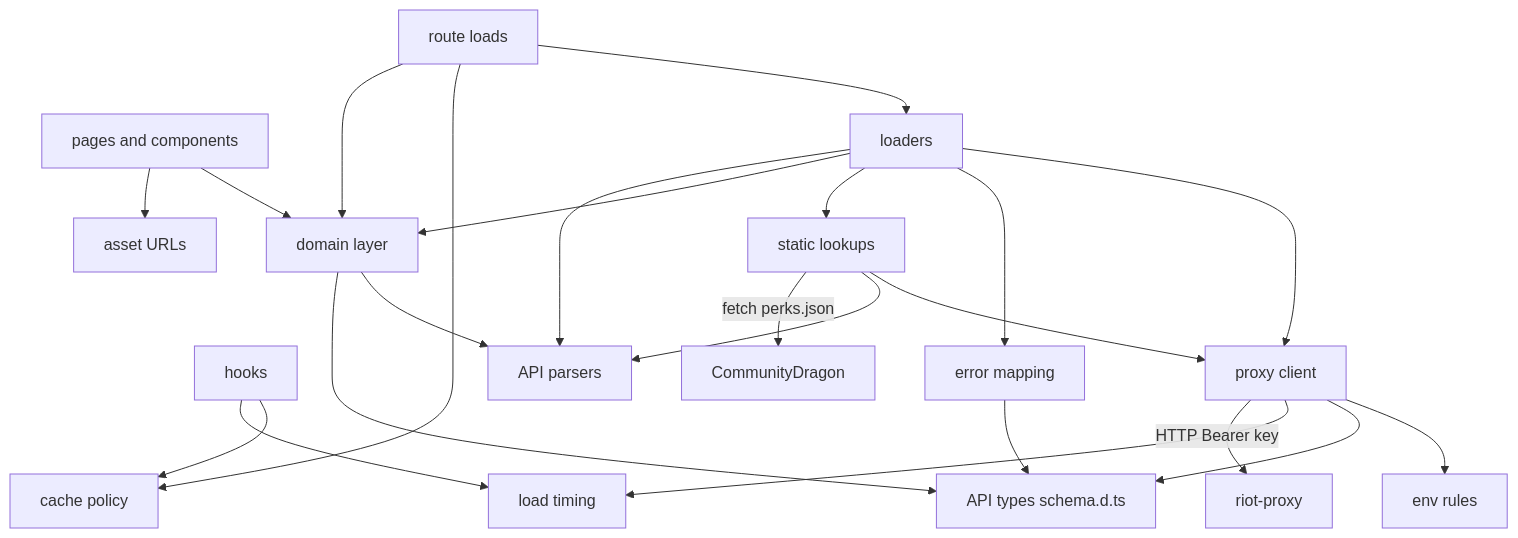
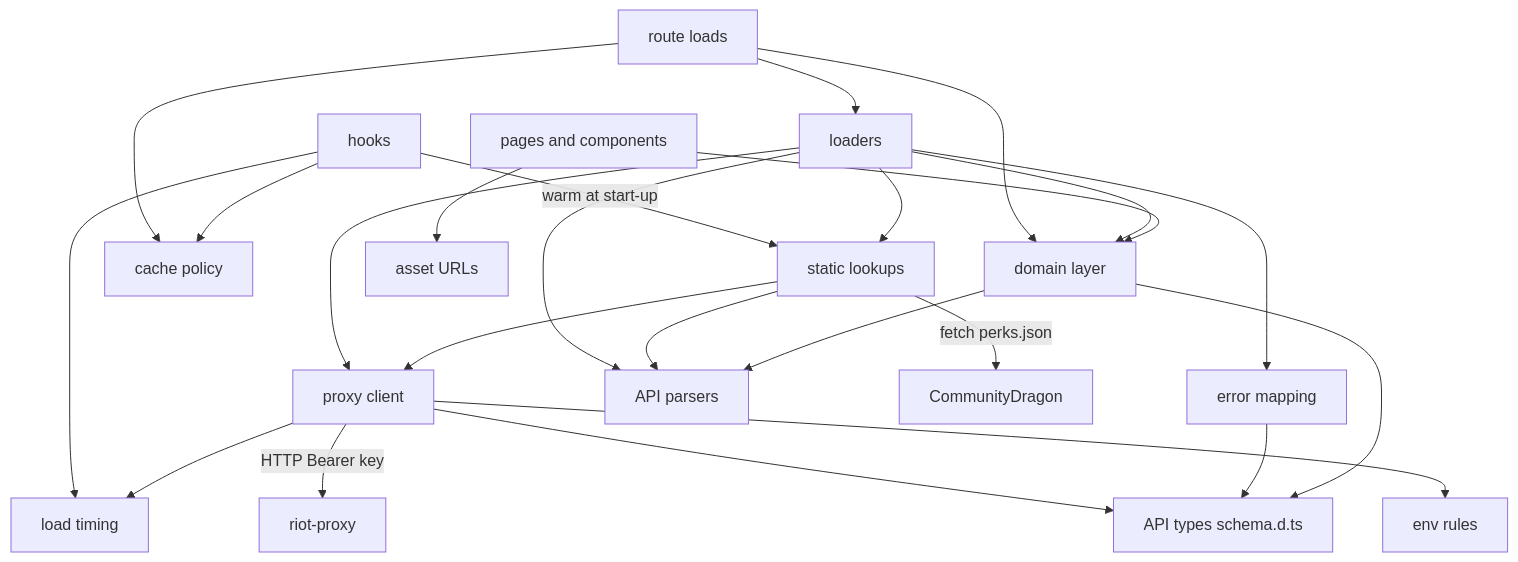
One commit to NinjaGoldfinch/ninjagoldfinch-lol changed the diagram in docs/architecture/components.md. Above: the diagram before and after it, drawn with Mermaid. The commit also changed other lines of this file and 41 other files, not shown here.

First line of the commit message:
perf(patch): load static data at start-up; refresh the patch in the background

````diff
--- a/docs/architecture/components.md
+++ b/docs/architecture/components.md
@@ -34,42 +34,43 @@
 ```mermaid
 flowchart TD
   Pages[pages and components]
   Loads[route loads]
   Hooks[hooks]
   Loaders[loaders]
   Static[static lookups]
   Client[proxy client]
   Errors[error mapping]
   Cache[cache policy]
   Timing[load timing]
   Env[env rules]
   Parsers[API parsers]
   Schema[API types schema.d.ts]
   Domain[domain layer]
   Assets[asset URLs]
   Proxy[riot-proxy]
   CDragon[CommunityDragon]
 
   Loads --> Loaders
   Loads --> Cache
   Loads --> Domain
   Hooks --> Cache
   Hooks --> Timing
+  Hooks -->|warm at start-up| Static
   Loaders --> Client
   Loaders --> Errors
   Loaders --> Static
   Loaders --> Domain
   Loaders --> Parsers
   Static --> Client
   Static --> Parsers
   Static -->|fetch perks.json| CDragon
   Client --> Env
   Client --> Schema
   Client --> Timing
   Client -->|HTTP Bearer key| Proxy
   Errors --> Schema
   Domain --> Parsers
   Domain --> Schema
   Pages --> Domain
   Pages --> Assets
 ```
````
